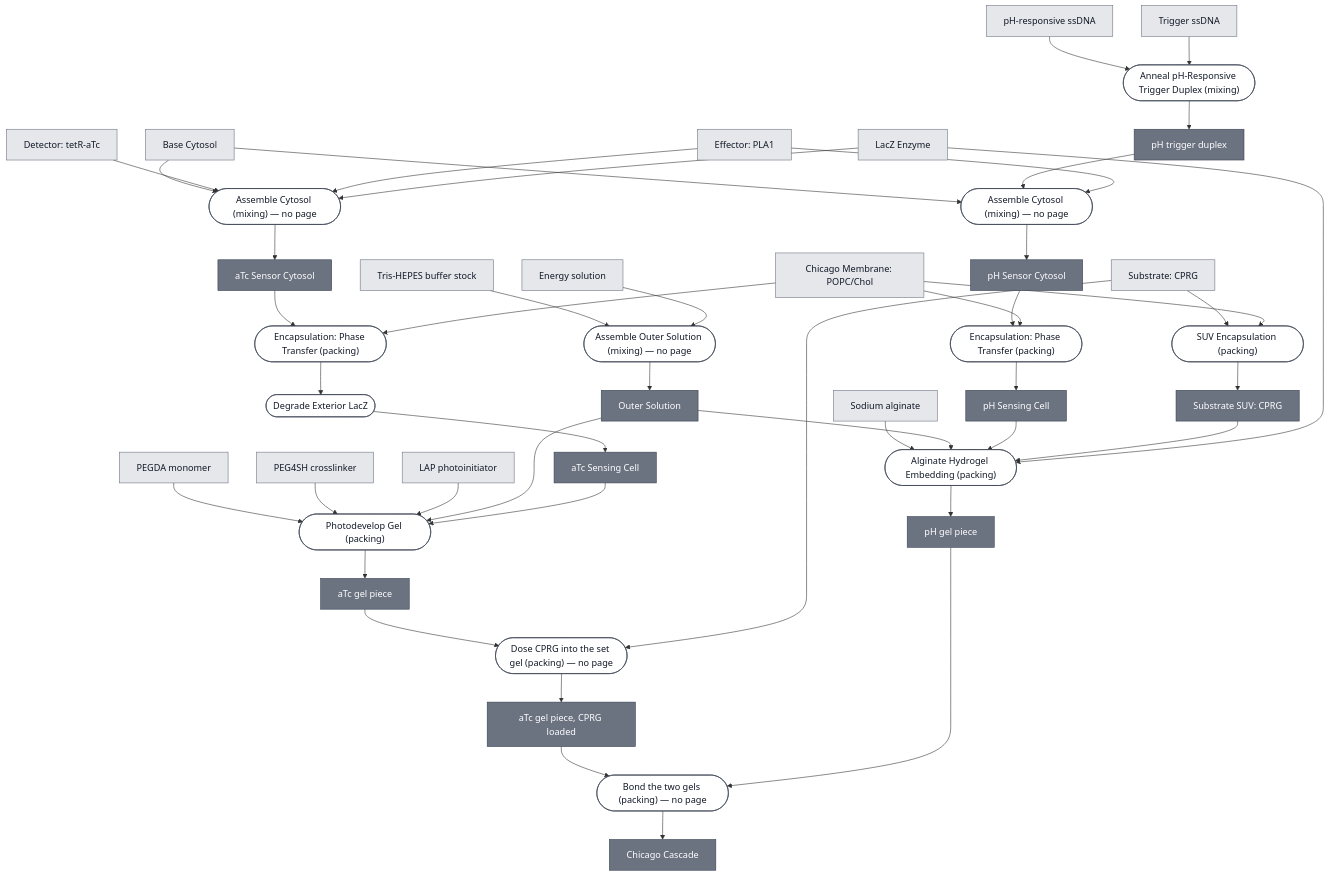
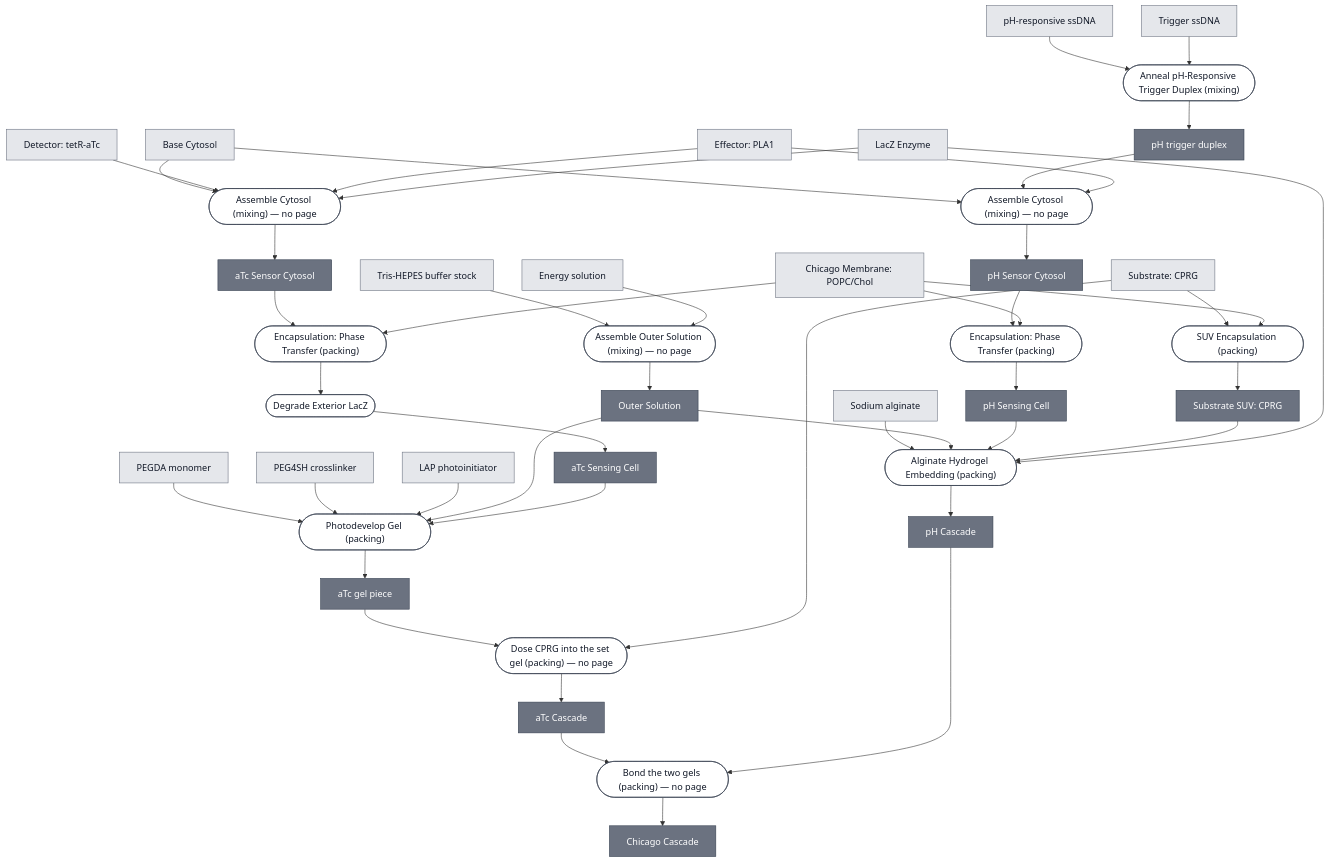
One commit to nucleus-eng/nucleus-docs changed the diagram in docs/modules/chicago-cascade/spec.md. Above: the diagram before and after it, drawn with Mermaid. The commit also changed 6 other files, not shown here.

````diff
--- a/docs/modules/chicago-cascade/spec.md
+++ b/docs/modules/chicago-cascade/spec.md
@@ -61,7 +61,7 @@
     P4_PHOTODEVELOP_ATC_GEL_0(["Photodevelop Gel (packing)"])
     ATC_GEL["aTc gel piece"]
     P5_DOSE_CPRG_INTO_ATC_GEL_0(["Dose CPRG into the set gel (packing) — no page"])
-    ATC_GEL_LOADED["aTc gel piece, CPRG loaded"]
+    ATC_GEL_LOADED["aTc Cascade"]
     P6_ANNEAL_TRIGGER_DUPLEX_0(["Anneal pH-Responsive Trigger Duplex (mixing)"])
     PH_TRIGGER_DUPLEX["pH trigger duplex"]
     P7_ASSEMBLE_PH_CYTOSOL_0(["Assemble Cytosol (mixing) — no page"])
@@ -71,7 +71,7 @@
     P9_ENCAPSULATE_SUBSTRATE_SUV_0(["SUV Encapsulation (packing)"])
     SUBSTRATE_CPRG_SUV["Substrate SUV: CPRG"]
     P10_EMBED_ALGINATE_0(["Alginate Hydrogel Embedding (packing)"])
-    PH_GEL["pH gel piece"]
+    PH_GEL["pH Cascade"]
     P11_BOND_GELS_0(["Bond the two gels (packing) — no page"])
     CHICAGO_CASCADE["Chicago Cascade"]
 
@@ -150,6 +150,7 @@
     click P3_ENCAPSULATE_ATC_1 "/docs/processes/degrade-exterior-lacz/main"
     click ATC_SENSING_CELL "/docs/modules/atc-sensing-cell/spec"
     click P4_PHOTODEVELOP_ATC_GEL_0 "/docs/processes/photodevelop-gel/main"
+    click ATC_GEL_LOADED "/docs/modules/atc-cascade/spec"
     click P6_ANNEAL_TRIGGER_DUPLEX_0 "/docs/processes/anneal-ph-trigger-duplex/main"
     click PH_TRIGGER_DUPLEX "/docs/modules/detector-ph/spec"
     click PH_SENSOR_CYTOSOL "/docs/modules/ph-sensor-cytosol/spec"
@@ -158,5 +159,6 @@
     click P9_ENCAPSULATE_SUBSTRATE_SUV_0 "/docs/processes/encapsulate-suv/main"
     click SUBSTRATE_CPRG_SUV "/docs/modules/substrate-cprg-suv/spec"
     click P10_EMBED_ALGINATE_0 "/docs/processes/embed-alginate-hydrogel/main"
+    click PH_GEL "/docs/modules/ph-cascade/spec"
     click CHICAGO_CASCADE "/docs/modules/chicago-cascade/spec"
 ```
````
